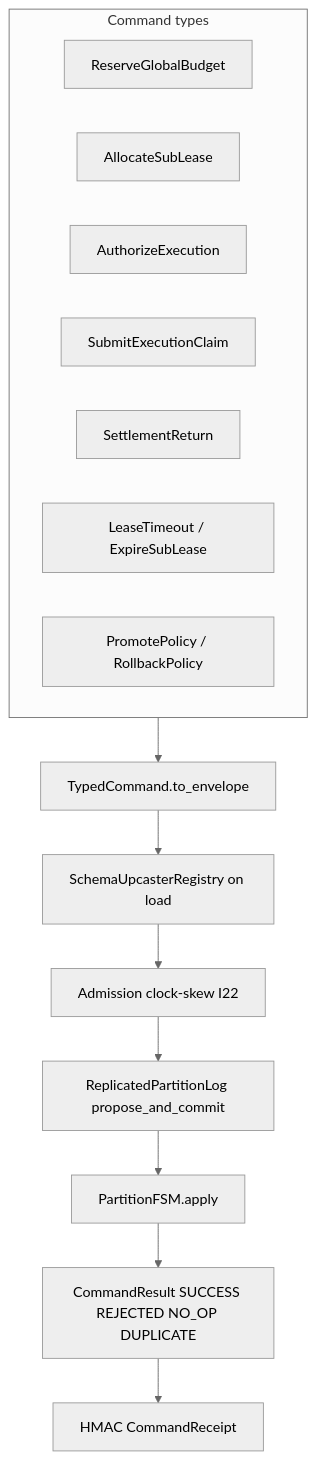
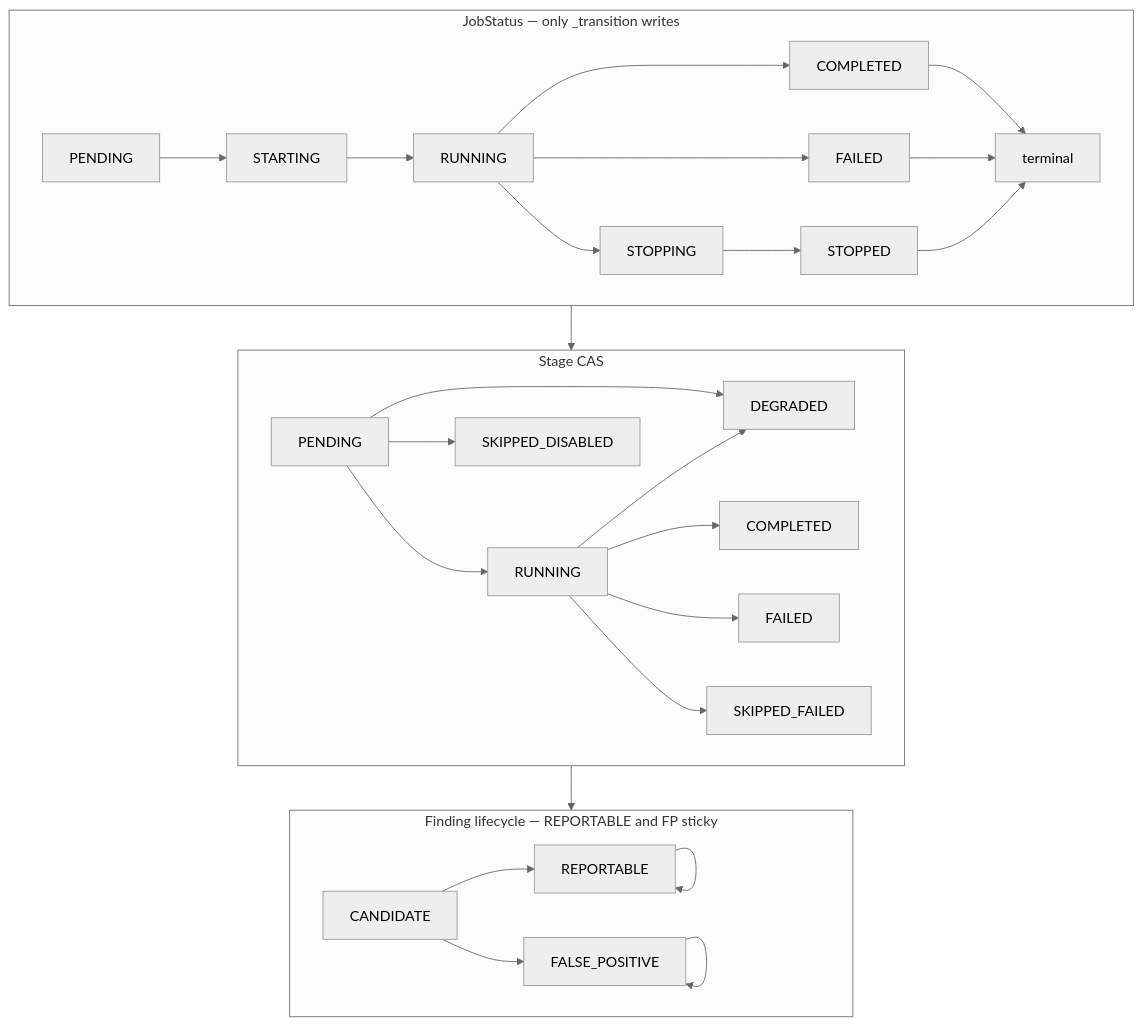
One commit to AviralGup7/Singularity-Zero changed the sixth of 12 diagrams in docs/flowchart.md. Above: the diagram before and after it, drawn with Mermaid (neutral theme). The commit also changed other lines of this file and 1 other file, not shown here.

First line of the commit message:
docs(flowchart): merge overlapping per-doc charts into survivor graphs

````diff
--- a/docs/flowchart.md
+++ b/docs/flowchart.md
@@ -394,19 +250,31 @@
 ```mermaid
 flowchart TD
-    Typed["TypedCommand.to_envelope"] --> Up["SchemaUpcasterRegistry on load"]
-    Up --> Admit["Admission clock-skew I22"]
-    Admit --> Log["ReplicatedPartitionLog propose_and_commit"]
-    Log --> Apply["PartitionFSM.apply"]
-    Apply --> Result["CommandResult SUCCESS REJECTED NO_OP DUPLICATE"]
-    Result --> Receipt["HMAC CommandReceipt"]
-    subgraph Commands["Command types"]
-        R["ReserveGlobalBudget"]
-        A["AllocateSubLease"]
-        X["AuthorizeExecution"]
-        S["SubmitExecutionClaim"]
-        T["SettlementReturn"]
-        L["LeaseTimeout / ExpireSubLease"]
-        P["PromotePolicy / RollbackPolicy"]
+    subgraph Job["JobStatus — only _transition writes"]
+        JP["PENDING"] --> JS["STARTING"]
+        JS --> JR["RUNNING"]
+        JR --> JX["STOPPING"]
+        JX --> JD["STOPPED"]
+        JR --> JC["COMPLETED"]
+        JR --> JF["FAILED"]
+        JC --> JTerm["terminal"]
+        JF --> JTerm
+        JD --> JTerm
     end
-    Commands --> Typed
+    subgraph Stage["Stage CAS"]
+        SP["PENDING"] --> SR["RUNNING"]
+        SP --> SSD["SKIPPED_DISABLED"]
+        SP --> SDG["DEGRADED"]
+        SR --> SC["COMPLETED"]
+        SR --> SDG
+        SR --> SF["FAILED"]
+        SR --> SSF["SKIPPED_FAILED"]
+    end
+    subgraph Finding["Finding lifecycle — REPORTABLE and FP sticky"]
+        FC["CANDIDATE"] --> FR["REPORTABLE"]
+        FC --> FF["FALSE_POSITIVE"]
+        FR --> FR
+        FF --> FF
+    end
+    Job --> Stage
+    Stage --> Finding
 ```
````
